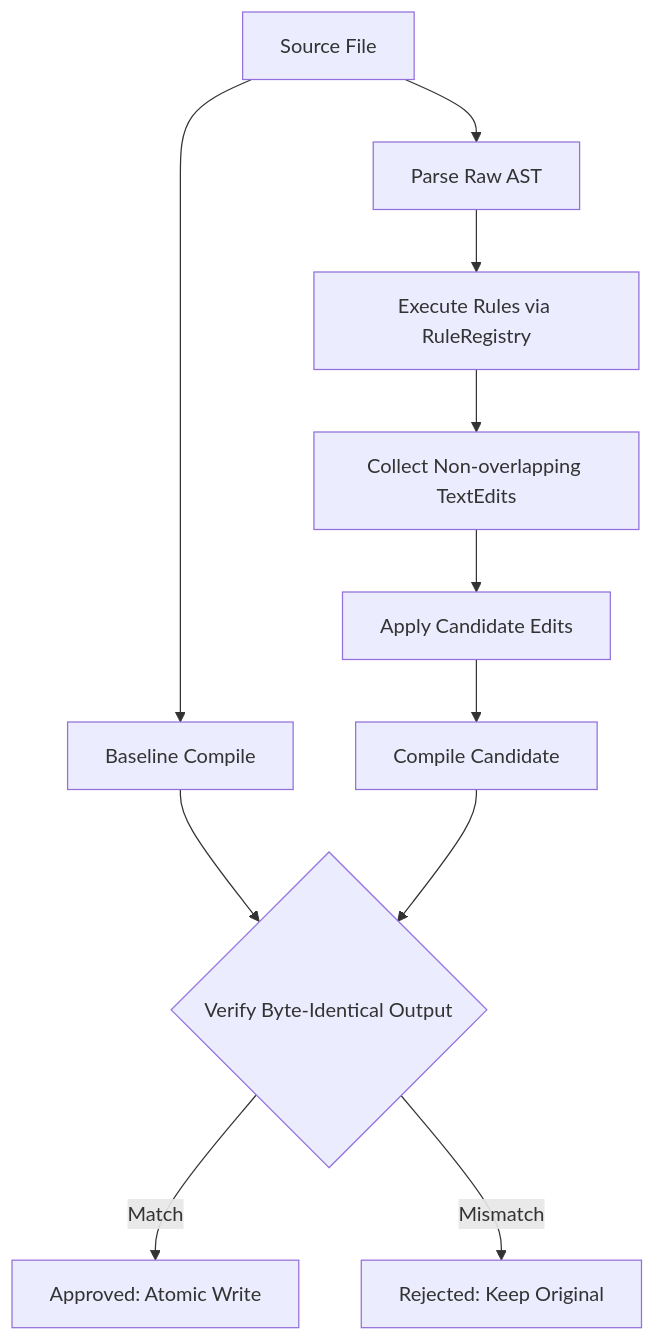
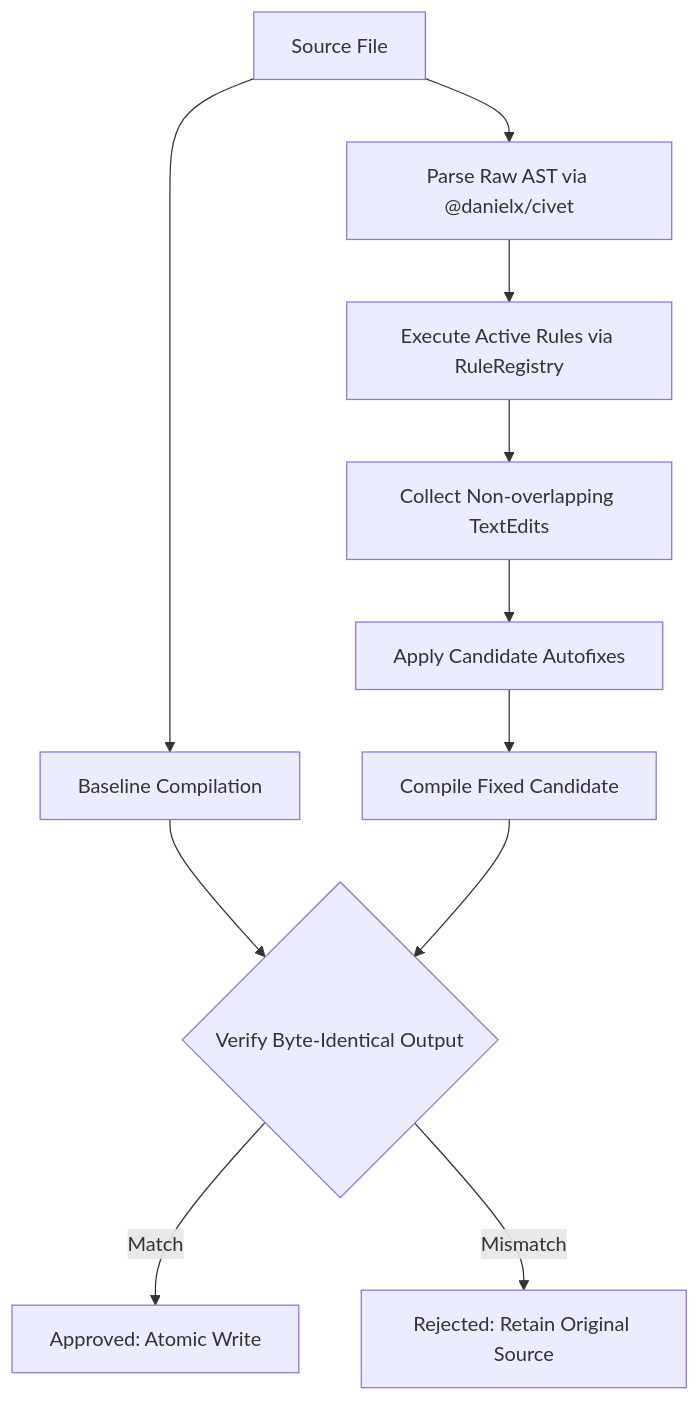
The diagram in README.md (shogi-dojo/civet-clint), drawn with Mermaid before and after one commit. The commit also changed other lines of this file and 9 other files, not shown here.

````diff
--- a/README.md
+++ b/README.md
@@ -247,13 +249,13 @@
 ```mermaid
 flowchart TD
-    A[Source File] --> B[Parse Raw AST]
-    A --> C[Baseline Compile]
-    B --> D[Execute Rules via RuleRegistry]
+    A[Source File] --> B[Parse Raw AST via @danielx/civet]
+    A --> C[Baseline Compilation]
+    B --> D[Execute Active Rules via RuleRegistry]
     D --> E[Collect Non-overlapping TextEdits]
-    E --> F[Apply Candidate Edits]
-    F --> G[Compile Candidate]
+    E --> F[Apply Candidate Autofixes]
+    F --> G[Compile Fixed Candidate]
     C --> H{Verify Byte-Identical Output}
     G --> H
     H -- Match --> I[Approved: Atomic Write]
-    H -- Mismatch --> J[Rejected: Keep Original]
+    H -- Mismatch --> J[Rejected: Retain Original Source]
 ```
````
